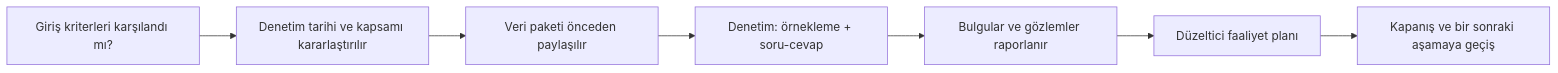
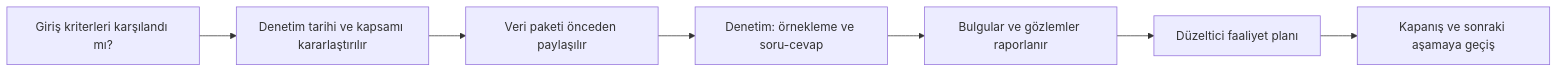
One commit to Mavrikant/aviyonikyazilim changed the first of 2 diagrams in kitap/03-do178c-ile-gelistirme/12-sertifikasyon-irtibati.md. Above: the diagram before and after it, drawn with Mermaid. The commit also changed other lines of this file and 35 other files, not shown here.

````diff
--- a/kitap/03-do178c-ile-gelistirme/12-sertifikasyon-irtibati.md
+++ b/kitap/03-do178c-ile-gelistirme/12-sertifikasyon-irtibati.md
@@ -121,9 +250,9 @@
 ```mermaid
 flowchart LR
-    A[Giriş kriterleri karşılandı mı?] --> B[Denetim tarihi ve kapsamı kararlaştırılır]
-    B --> C[Veri paketi önceden paylaşılır]
-    C --> D[Denetim: örnekleme + soru-cevap]
-    D --> E[Bulgular ve gözlemler raporlanır]
-    E --> F[Düzeltici faaliyet planı]
-    F --> G[Kapanış ve bir sonraki aşamaya geçiş]
+    A["Giriş kriterleri karşılandı mı?"] --> B["Denetim tarihi ve kapsamı kararlaştırılır"]
+    B --> C["Veri paketi önceden paylaşılır"]
+    C --> D["Denetim: örnekleme ve soru-cevap"]
+    D --> E["Bulgular ve gözlemler raporlanır"]
+    E --> F["Düzeltici faaliyet planı"]
+    F --> G["Kapanış ve sonraki aşamaya geçiş"]
 ```
````
